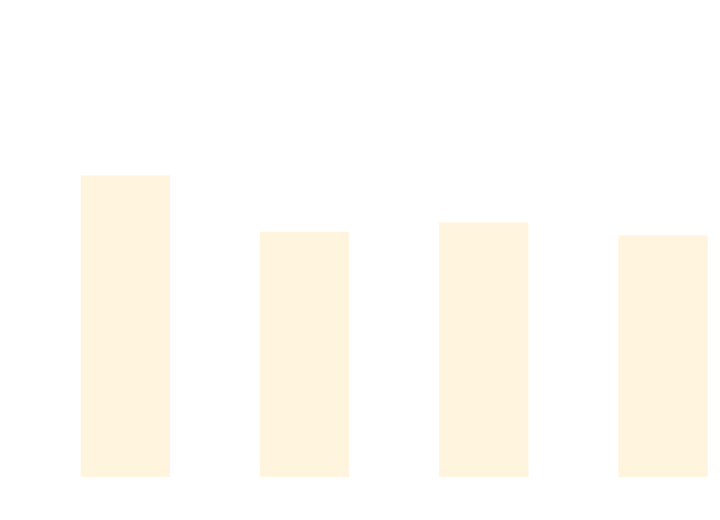
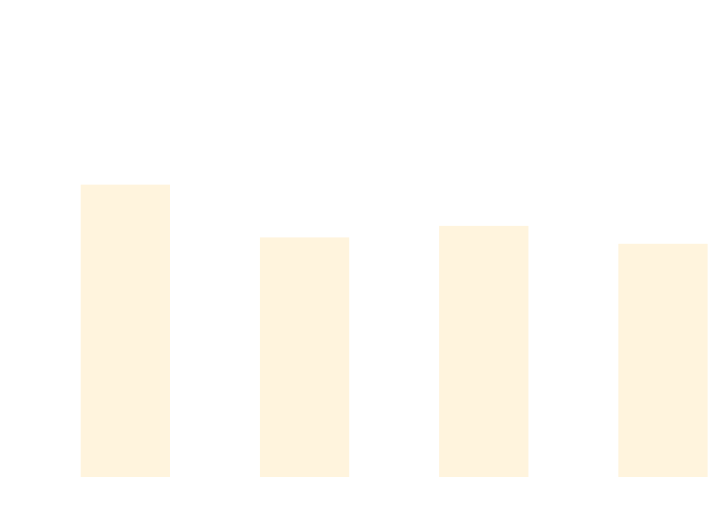
Before and after one commit to thomhurst/TUnit: the diagram in docs/docs/benchmarks/BuildTime.md, drawn with Mermaid. The commit also changed other lines of this file and 17 other files, not shown here.

````diff
--- a/docs/docs/benchmarks/BuildTime.md
+++ b/docs/docs/benchmarks/BuildTime.md
@@ -28,37 +28,37 @@
 ```mermaid
 %%{init: {
   'theme':'base',
   'themeVariables': {
     'primaryColor': '#2563eb',
     'primaryTextColor': '#ffffff',
     'primaryBorderColor': '#1e40af',
     'lineColor': '#6b7280',
     'secondaryColor': '#7c3aed',
     'tertiaryColor': '#dc2626',
     'background': '#ffffff',
     'mainBkg': '#2563eb',
     'secondBkg': '#7c3aed',
     'tertiaryBkg': '#dc2626',
     'clusterBkg': '#f3f4f6',
     'edgeLabelBackground': '#ffffff',
     'tertiaryTextColor': '#1f2937',
     'pie1': '#2563eb',
     'pie2': '#7c3aed',
     'pie3': '#dc2626',
     'pie4': '#f59e0b',
     'pie5': '#10b981',
     'pie6': '#06b6d4',
     'pie7': '#ec4899',
     'pie8': '#6366f1',
     'pie9': '#84cc16',
     'pie10': '#f97316',
     'pie11': '#14b8a6',
     'pie12': '#a855f7'
   }
 }}%%
 xychart-beta
   title "Build Time Comparison"
   x-axis ["Build_TUnit", "Build_NUnit", "Build_MSTest", "Build_xUnit3"]
   y-axis "Time (s)" 0 --> 3
-  bar [2.164, 1.749, 1.818, 1.722]
+  bar [2.096, 1.707, 1.792, 1.66]
 ```
````
